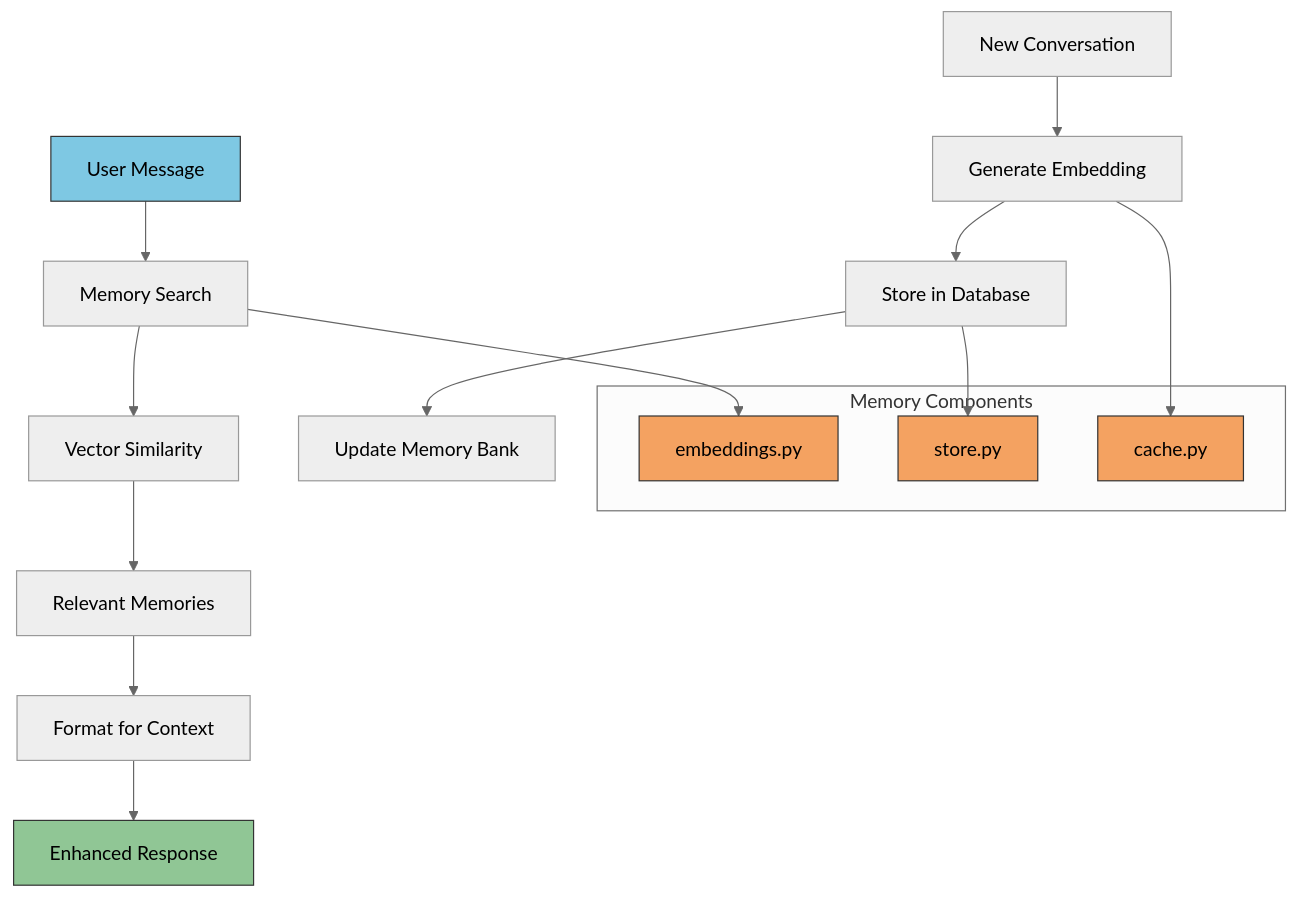
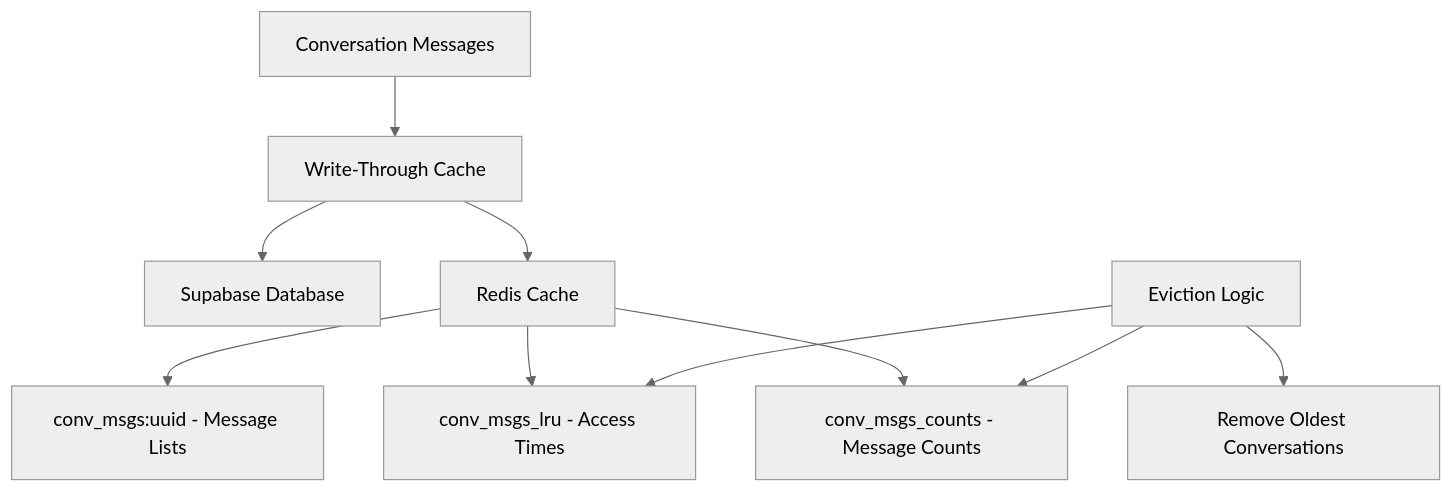
One commit to tweezerchef/Wbot changed the first of 3 diagrams in docs/ai/memory.md. Above: the diagram before and after it, drawn with Mermaid (neutral theme). The commit also changed other lines of this file and 7 other files, not shown here.

First line of the commit message:
docs: comprehensive update of project roadmap and technical documentation

````diff
--- a/docs/ai/memory.md
+++ b/docs/ai/memory.md
@@ -10,28 +223,14 @@
 ```mermaid
 graph TB
-    A[User Message] --> B[Memory Search]
-    B --> C[Vector Similarity]
-    C --> D[Relevant Memories]
-    D --> E[Format for Context]
-    E --> F[Enhanced Response]
+    A[Conversation Messages] --> B[Write-Through Cache]
+    B --> C[Supabase Database]
+    B --> D[Redis Cache]
 
-    G[New Conversation] --> H[Generate Embedding]
-    H --> I[Store in Database]
-    I --> J[Update Memory Bank]
+    D --> E[conv_msgs:uuid - Message Lists]
+    D --> F[conv_msgs_lru - Access Times]
+    D --> G[conv_msgs_counts - Message Counts]
 
-    subgraph "Memory Components"
-        K[embeddings.py]
-        L[store.py]
-        M[cache.py]
-    end
-
-    B --> K
-    I --> L
-    H --> M
-
-    style A fill:#7ec8e3,stroke:#333
-    style F fill:#90c695,stroke:#333
-    style K fill:#f4a261,stroke:#333
-    style L fill:#f4a261,stroke:#333
-    style M fill:#f4a261,stroke:#333
+    H[Eviction Logic] --> F
+    H --> G
+    H --> I[Remove Oldest Conversations]
 ```
````
